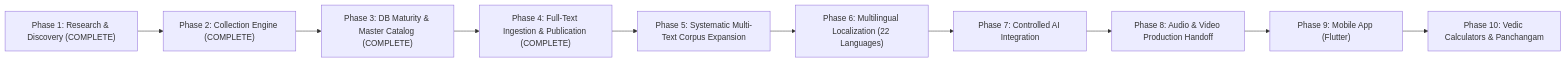
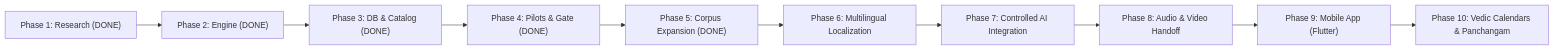
One commit to thegr8gv1/vedam changed the second of 2 diagrams in documentation/project_roadmap/MASTER_PLAN.md. Above: the diagram before and after it, drawn with Mermaid. The commit also changed other lines of this file and 14 other files, not shown here.

Commit message:
Complete Phase 5: Re-audit Phase 4, HarfBuzz IAST font typography, library analytics, shortlist 10, Batch 1 ingestion (Mahalakshmi Ashtakam, Lingashtakam, Sankata Nashana Ganesha Stotram), and 33 publication deliverables

````diff
--- a/documentation/project_roadmap/MASTER_PLAN.md
+++ b/documentation/project_roadmap/MASTER_PLAN.md
@@ -63,12 +63,12 @@
 ```mermaid
 flowchart LR
-    P1["Phase 1: Research & Discovery (COMPLETE)"] --> P2["Phase 2: Collection Engine (COMPLETE)"]
-    P2 --> P3["Phase 3: DB Maturity & Master Catalog (COMPLETE)"]
-    P3 --> P4["Phase 4: Full-Text Ingestion & Publication (COMPLETE)"]
-    P4 --> P5["Phase 5: Systematic Multi-Text Corpus Expansion"]
-    P5 --> P6["Phase 6: Multilingual Localization (22 Languages)"]
+    P1["Phase 1: Research (DONE)"] --> P2["Phase 2: Engine (DONE)"]
+    P2 --> P3["Phase 3: DB & Catalog (DONE)"]
+    P3 --> P4["Phase 4: Pilots & Gate (DONE)"]
+    P4 --> P5["Phase 5: Corpus Expansion (DONE)"]
+    P5 --> P6["Phase 6: Multilingual Localization"]
     P6 --> P7["Phase 7: Controlled AI Integration"]
-    P7 --> P8["Phase 8: Audio & Video Production Handoff"]
+    P7 --> P8["Phase 8: Audio & Video Handoff"]
     P8 --> P9["Phase 9: Mobile App (Flutter)"]
-    P9 --> P10["Phase 10: Vedic Calculators & Panchangam"]
+    P9 --> P10["Phase 10: Vedic Calendars & Panchangam"]
 ```
````
